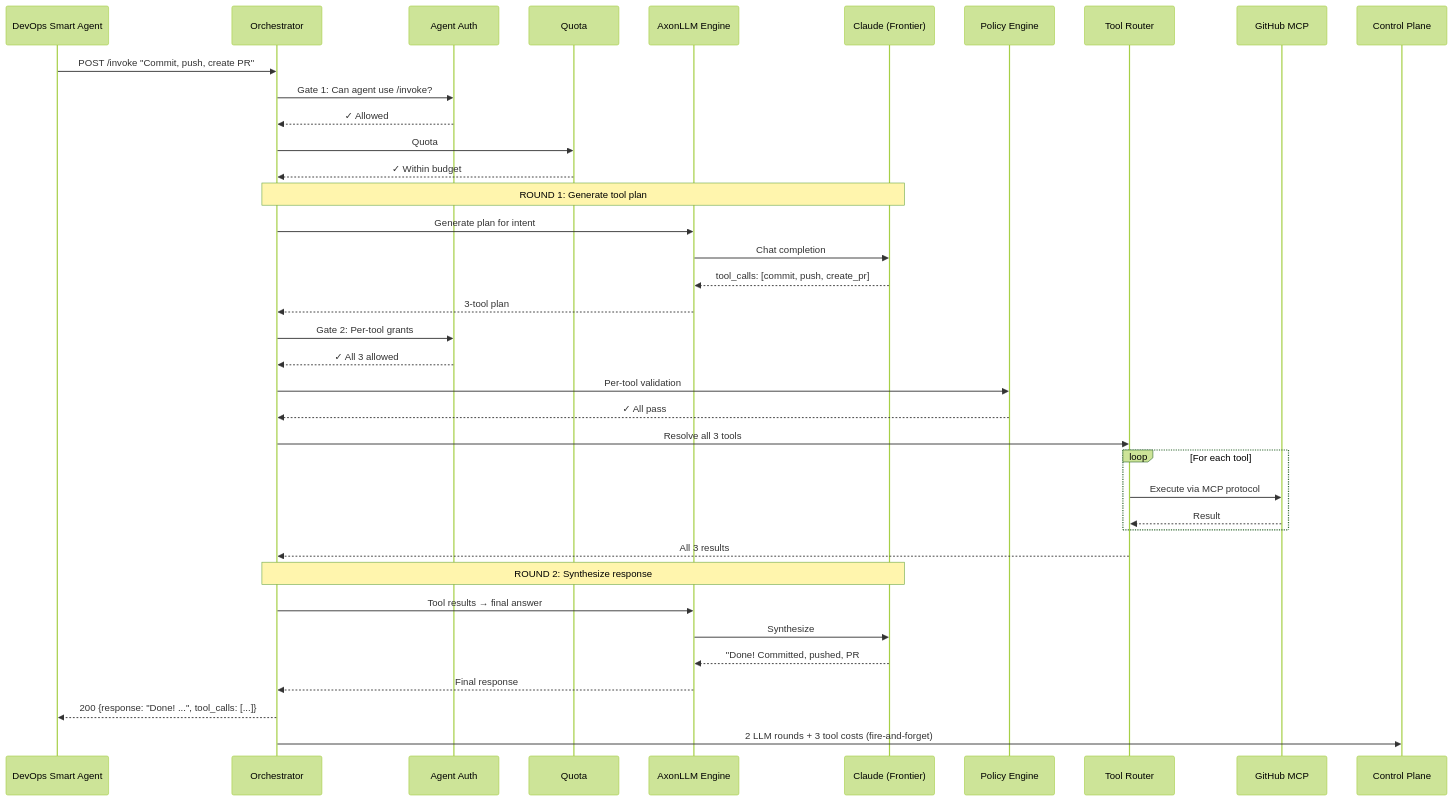
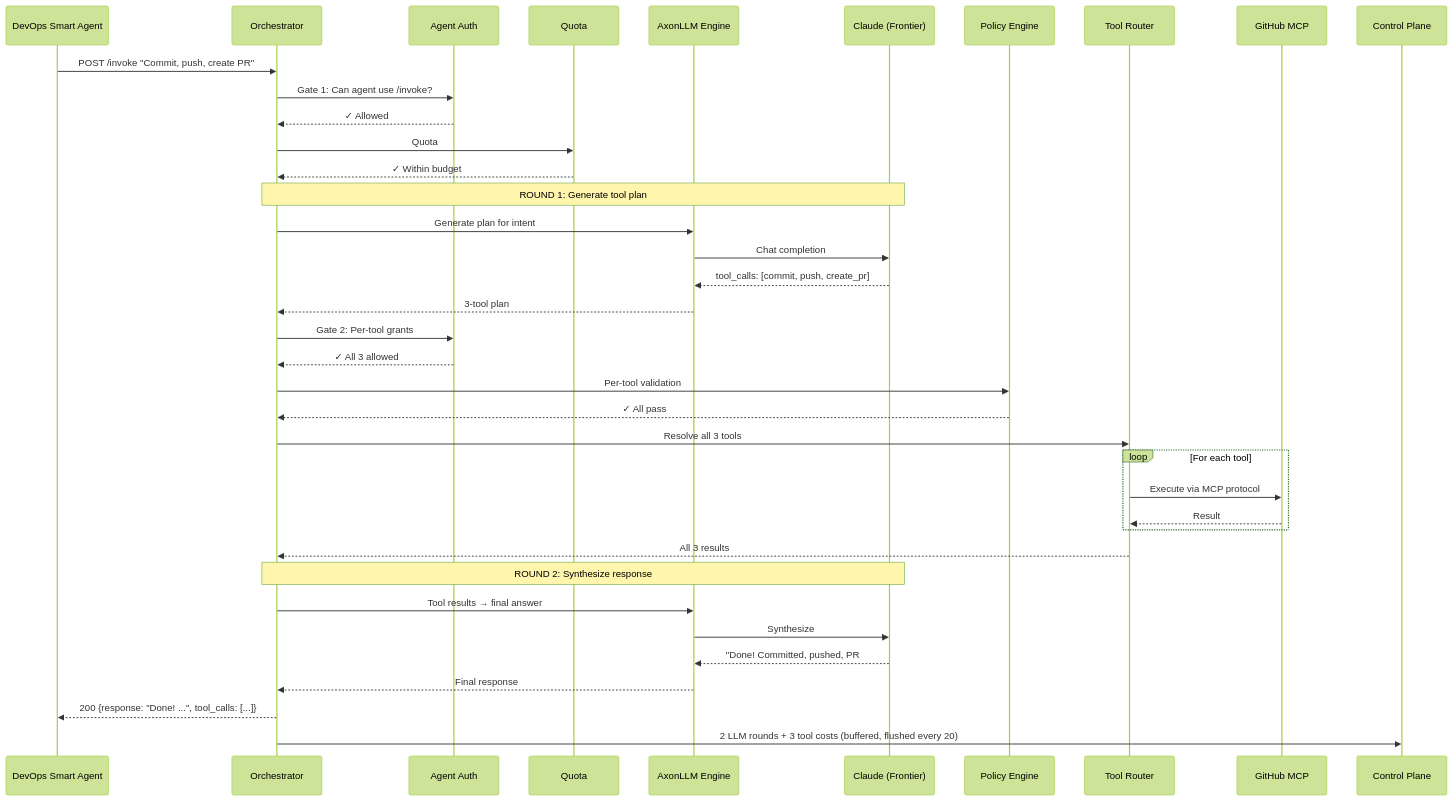
Before and after one commit to hk-775/ostiari: the fourth of 41 diagrams in docs/gateway-architecture.md, drawn with Mermaid (forest theme). The commit also changed other lines of this file and 21 other files, not shown here.

````diff
--- a/docs/gateway-architecture.md
+++ b/docs/gateway-architecture.md
@@ -168,46 +219,46 @@
 ```mermaid
 sequenceDiagram
     participant Agent as DevOps Smart Agent
     participant Orch as Orchestrator
     participant Auth as Agent Auth
     participant Quota as Quota
     participant Axon as AxonLLM Engine
     participant LLM as Claude (Frontier)
     participant Policy as Policy Engine
     participant Router as Tool Router
     participant MCP as GitHub MCP
     participant CP as Control Plane
 
     Agent->>Orch: POST /invoke "Commit, push, create PR"
     Orch->>Auth: Gate 1: Can agent use /invoke?
     Auth-->>Orch: ✓ Allowed
     Orch->>Quota: Quota #1 (pre-LLM): estimate cost
     Quota-->>Orch: ✓ Within budget
 
     Note over Orch,LLM: ROUND 1: Generate tool plan
     Orch->>Axon: Generate plan for intent
     Axon->>LLM: Chat completion
     LLM-->>Axon: tool_calls: [commit, push, create_pr]
     Axon-->>Orch: 3-tool plan
 
     Orch->>Auth: Gate 2: Per-tool grants
     Auth-->>Orch: ✓ All 3 allowed
     Orch->>Policy: Per-tool validation
     Policy-->>Orch: ✓ All pass
     Orch->>Router: Resolve all 3 tools
 
     loop For each tool
         Router->>MCP: Execute via MCP protocol
         MCP-->>Router: Result
     end
     Router-->>Orch: All 3 results
 
     Note over Orch,LLM: ROUND 2: Synthesize response
     Orch->>Axon: Tool results → final answer
     Axon->>LLM: Synthesize
     LLM-->>Axon: "Done! Committed, pushed, PR #47 created."
     Axon-->>Orch: Final response
 
     Orch-->>Agent: 200 {response: "Done! ...", tool_calls: [...]}
-    Orch->>CP: 2 LLM rounds + 3 tool costs (fire-and-forget)
+    Orch->>CP: 2 LLM rounds + 3 tool costs (buffered, flushed every 20)
 ```
````
